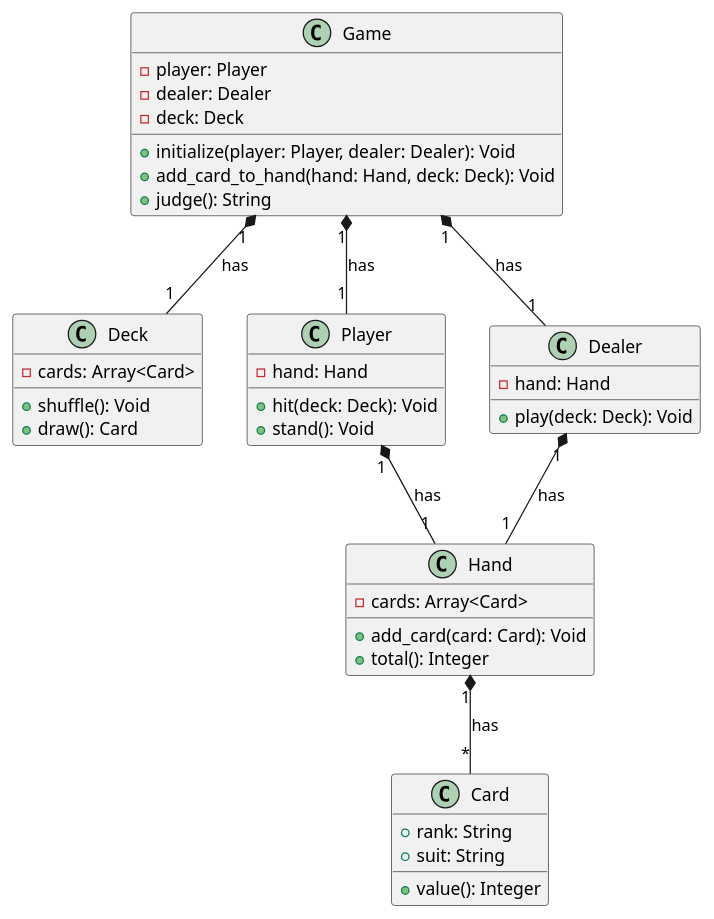
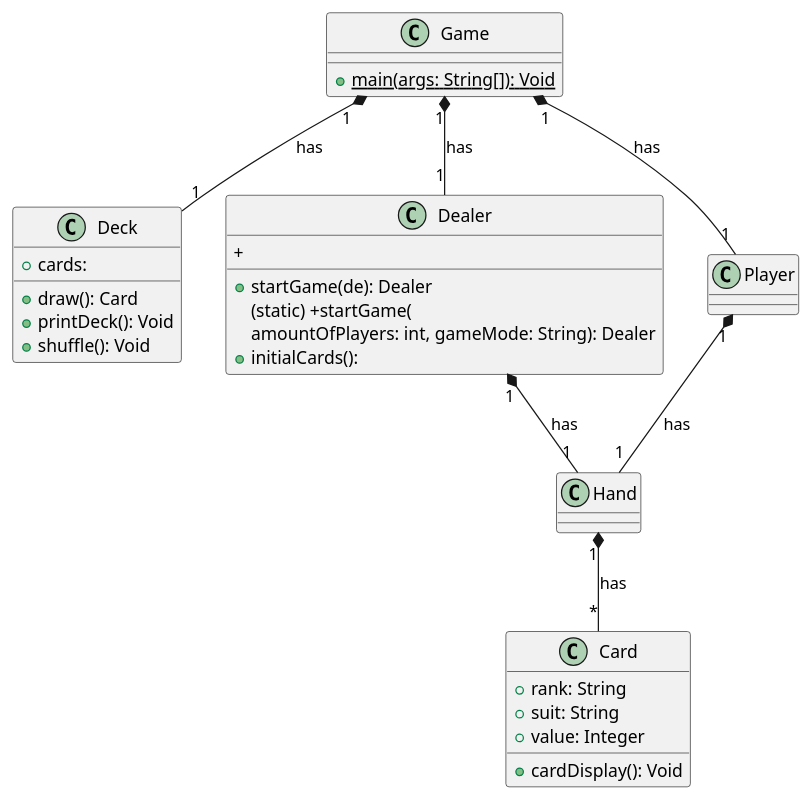
Before and after one commit to takeshi-arihori/apprentice-practice: the diagram in quests/quests_week1-2/quest_blackjack/class_diagram.pu, drawn with PlantUML. The commit also changed 14 other files, not shown here.

```diff
--- a/quests/quests_week1-2/quest_blackjack/class_diagram.pu
+++ b/quests/quests_week1-2/quest_blackjack/class_diagram.pu
@@ -1,48 +1,37 @@
 @startuml blackjack
 
 class Card {
   +rank: String
   +suit: String
-  +value(): Integer
+  +value: Integer
+  +cardDisplay(): Void
 }
 
 class Deck {
-  -cards: Array<Card>
+  +cards:
+  +draw(): Card
+  +printDeck(): Void
   +shuffle(): Void
-  +draw(): Card
-}
-
-class Hand {
-  -cards: Array<Card>
-  +add_card(card: Card): Void
-  +total(): Integer
-}
-
-class Player {
-  -hand: Hand
-  +hit(deck: Deck): Void
-  +stand(): Void
 }
 
 class Dealer {
-  -hand: Hand
-  +play(deck: Deck): Void
+  +startGame(de): Dealer
+  (static) +startGame(
+    amountOfPlayers: int, gameMode: String): Dealer
+  +initialCards():
+  +
 }
 
+
 class Game {
-  -player: Player
-  -dealer: Dealer
-  -deck: Deck
-  +initialize(player: Player, dealer: Dealer): Void
-  +add_card_to_hand(hand: Hand, deck: Deck): Void
-  +judge(): String
+  {static} +main(args: String[]): Void
 }
 
 Game "1" *-- "1" Player : has
 Game "1" *-- "1" Dealer : has
 Game "1" *-- "1" Deck : has
 Player "1" *-- "1" Hand : has
 Dealer "1" *-- "1" Hand : has
 Hand "1" *-- "*" Card : has
 
 @enduml
```
